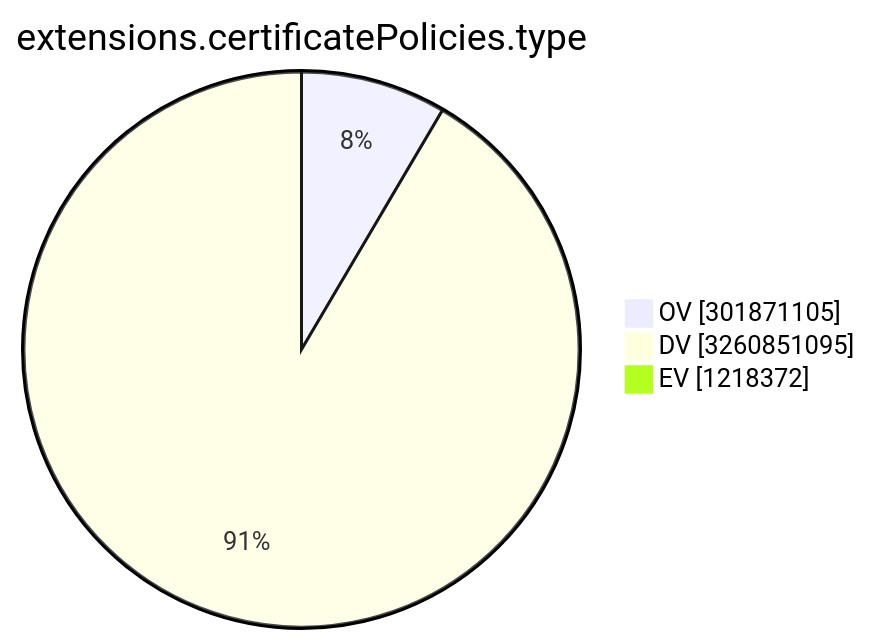
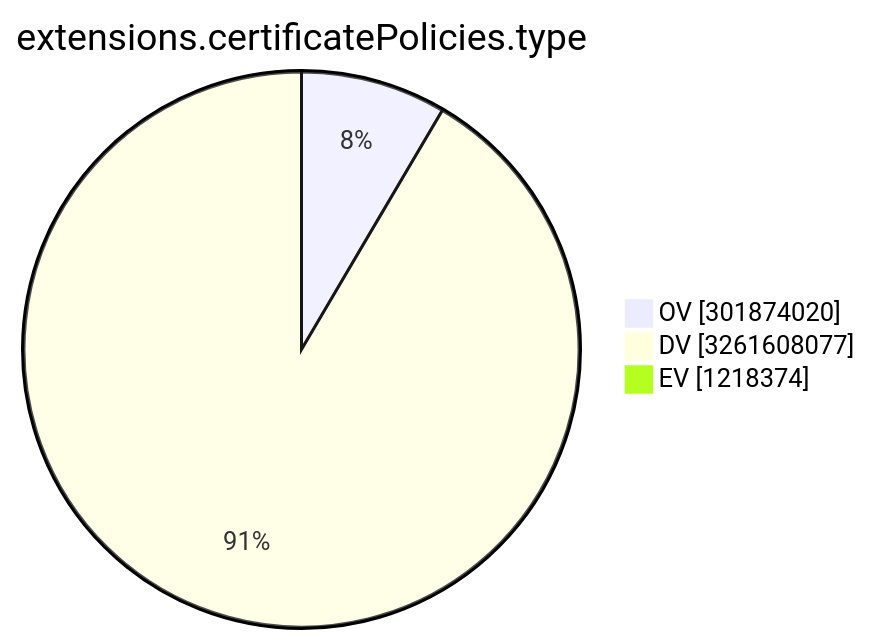
One commit to christiankrug/ctmonitor_visualization changed the ninth of 15 diagrams in TOTAL/README.md. Above: the diagram before and after it, drawn with Mermaid. The commit also changed other lines of this file, not shown here.

````diff
--- a/TOTAL/README.md
+++ b/TOTAL/README.md
@@ -3107,7 +3107,7 @@
 ```mermaid
 pie showData
 title extensions.certificatePolicies.type
-"OV" :301871105
-"DV" :3260851095
-"EV" :1218372
+"OV" :301874020
+"DV" :3261608077
+"EV" :1218374
 ```
````
